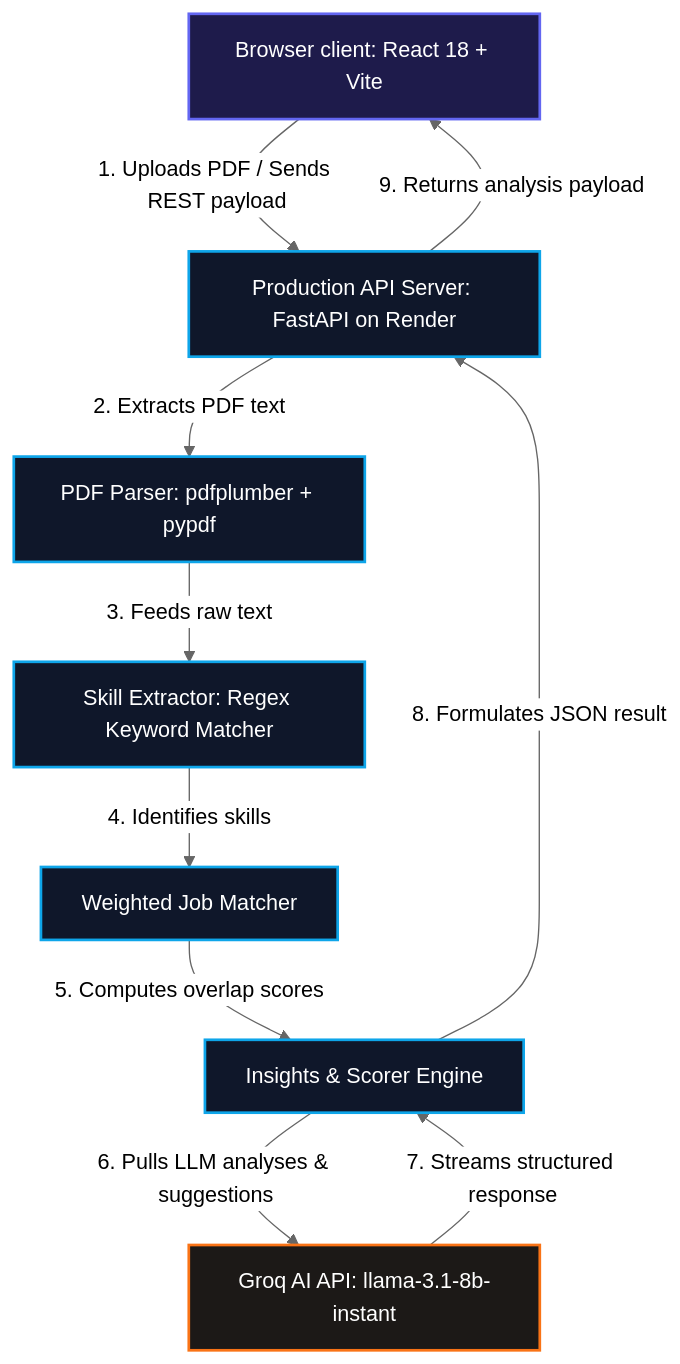
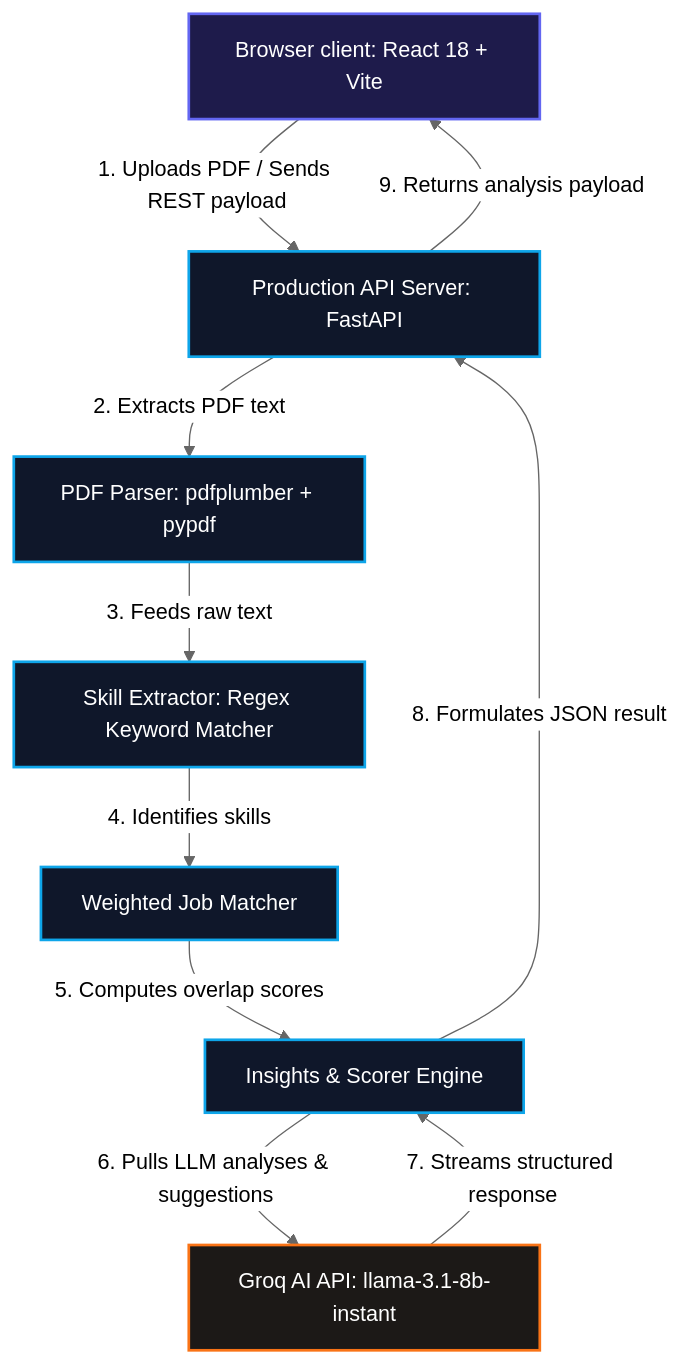
One commit to salonikoli/careercompass-ai changed the diagram in README.md. Above: the diagram before and after it, drawn with Mermaid (neutral theme). The commit also changed other lines of this file and 2 other files, not shown here.

````diff
--- a/README.md
+++ b/README.md
@@ -63,27 +40,27 @@
 ```mermaid
 flowchart TD
     %% Styling
     classDef client fill:#1e1b4b,stroke:#6366f1,stroke-width:2px,color:#fff;
     classDef server fill:#0f172a,stroke:#0ea5e9,stroke-width:2px,color:#fff;
     classDef external fill:#1c1917,stroke:#f97316,stroke-width:2px,color:#fff;
 
     %% Nodes
     A[Browser client: React 18 + Vite]:::client
-    B[Production API Server: FastAPI on Render]:::server
+    B[Production API Server: FastAPI]:::server
     C[PDF Parser: pdfplumber + pypdf]:::server
     D[Skill Extractor: Regex Keyword Matcher]:::server
     E[Weighted Job Matcher]:::server
     F[Insights & Scorer Engine]:::server
     G[Groq AI API: llama-3.1-8b-instant]:::external
 
     %% Relations
     A -- 1. Uploads PDF / Sends REST payload --> B
     B -- 2. Extracts PDF text --> C
     C -- 3. Feeds raw text --> D
     D -- 4. Identifies skills --> E
     E -- 5. Computes overlap scores --> F
     F -- 6. Pulls LLM analyses & suggestions --> G
     G -- 7. Streams structured response --> F
     F -- 8. Formulates JSON result --> B
     B -- 9. Returns analysis payload --> A
 ```
````
